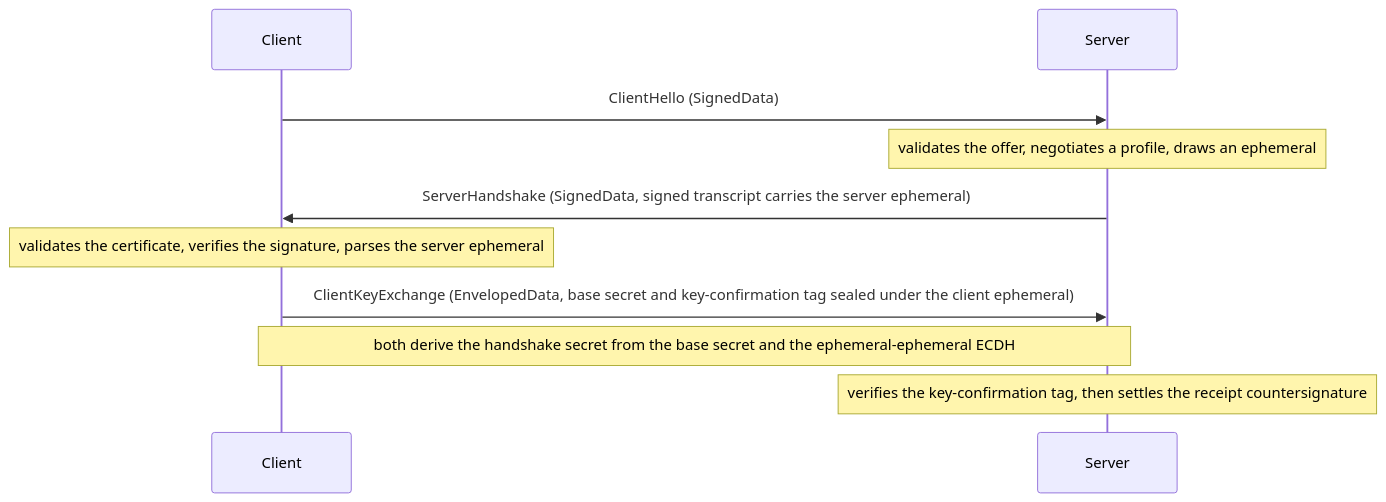
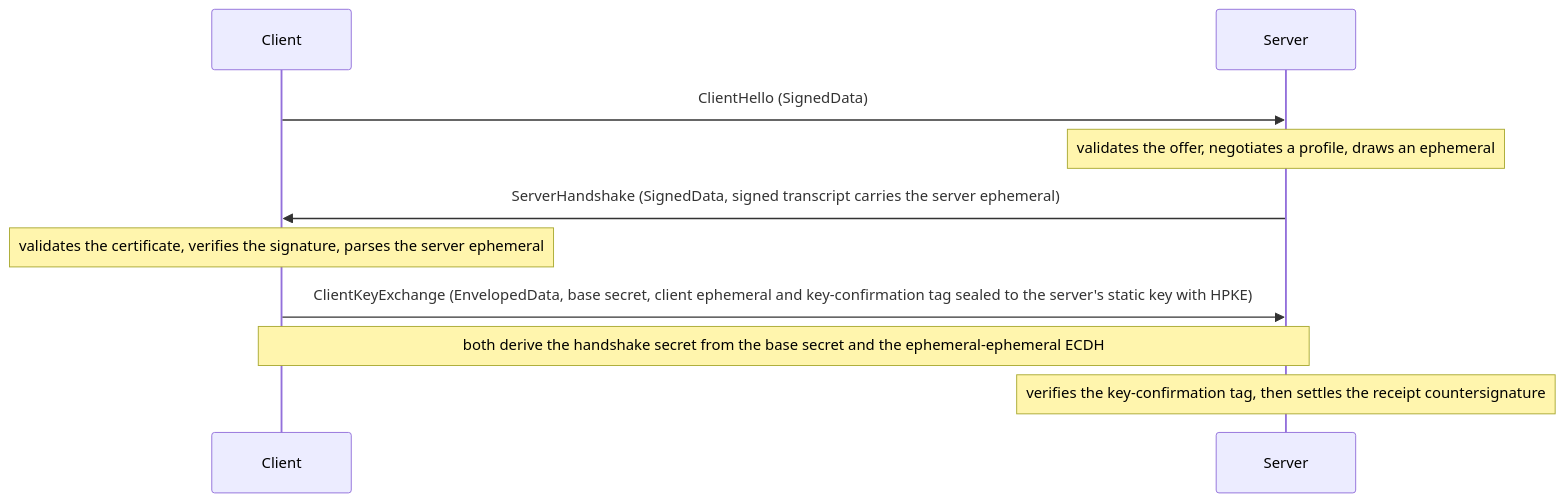
The second of 6 diagrams in docs/handshake.md (wahidgroup/tightbeam), drawn with Mermaid before and after one commit. The commit also changed other lines of this file and 103 other files, not shown here.

````diff
--- a/docs/handshake.md
+++ b/docs/handshake.md
@@ -100,12 +100,12 @@
 ```mermaid
 sequenceDiagram
     participant C as Client
     participant S as Server
     C->>S: ClientHello (SignedData)
     Note over S: validates the offer, negotiates a profile, draws an ephemeral
     S->>C: ServerHandshake (SignedData, signed transcript carries the server ephemeral)
     Note over C: validates the certificate, verifies the signature, parses the server ephemeral
-    C->>S: ClientKeyExchange (EnvelopedData, base secret and key-confirmation tag sealed under the client ephemeral)
+    C->>S: ClientKeyExchange (EnvelopedData, base secret, client ephemeral and key-confirmation tag sealed to the server's static key with HPKE)
     Note over C,S: both derive the handshake secret from the base secret and the ephemeral-ephemeral ECDH
     Note over S: verifies the key-confirmation tag, then settles the receipt countersignature
 ```
````
